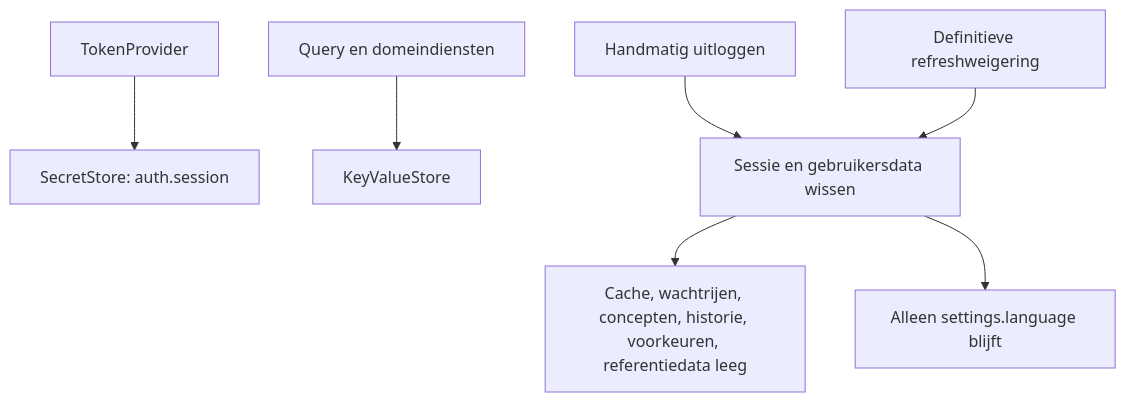
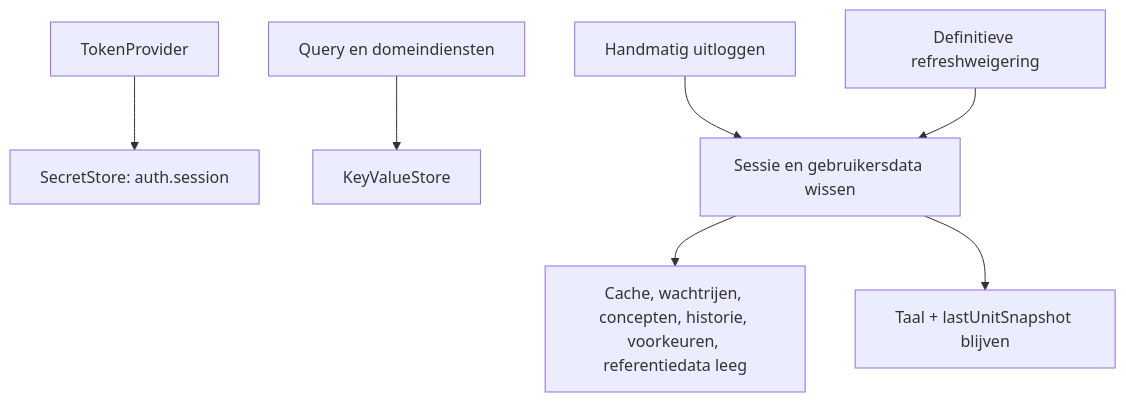
The diagram in docs/wiki/opslagsleutels.md (crfarber/vaneijck-berger-app), drawn with Mermaid before and after one commit. The commit also changed other lines of this file and 169 other files, not shown here.

````diff
--- a/docs/wiki/opslagsleutels.md
+++ b/docs/wiki/opslagsleutels.md
@@ -15,9 +15,9 @@
 ```mermaid
 flowchart TD
   A[TokenProvider] --> B[SecretStore: auth.session]
   C[Query en domeindiensten] --> D[KeyValueStore]
   E[Handmatig uitloggen] --> F[Sessie en gebruikersdata wissen]
   G[Definitieve refreshweigering] --> F
   F --> H[Cache, wachtrijen, concepten, historie, voorkeuren, referentiedata leeg]
-  F --> I[Alleen settings.language blijft]
+  F --> I[Taal + lastUnitSnapshot blijven]
 ```
````
